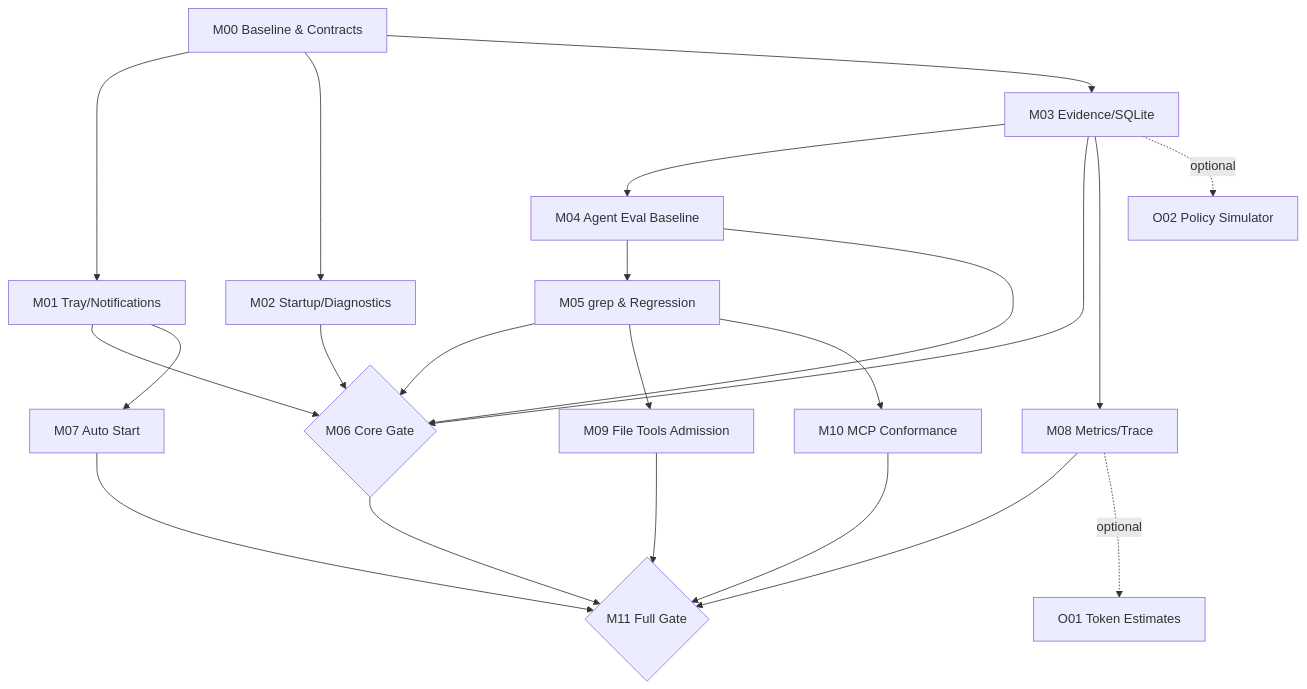
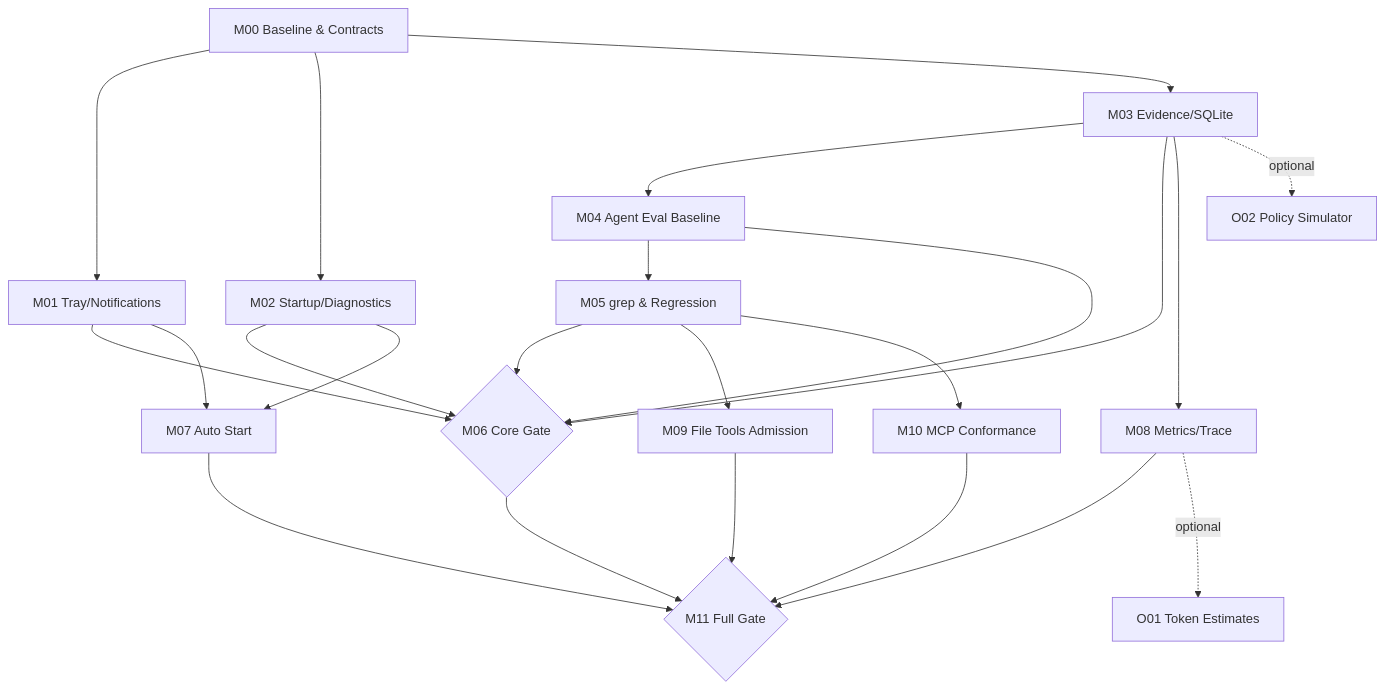
One commit to TotoroKingdom/ChatGPT-Harness changed the diagram in docs-codex/ChatGPT-Harness_V4_ROADMAP.md. Above: the diagram before and after it, drawn with Mermaid. The commit also changed other lines of this file and 2 other files, not shown here.

```diff
--- a/docs-codex/ChatGPT-Harness_V4_ROADMAP.md
+++ b/docs-codex/ChatGPT-Harness_V4_ROADMAP.md
@@ -65,24 +66,25 @@
 ~~~mermaid
 flowchart TD
   M00["M00 Baseline & Contracts"] --> M01["M01 Tray/Notifications"]
   M00 --> M02["M02 Startup/Diagnostics"]
   M00 --> M03["M03 Evidence/SQLite"]
   M03 --> M04["M04 Agent Eval Baseline"]
   M04 --> M05["M05 grep & Regression"]
   M01 --> M06{"M06 Core Gate"}
   M02 --> M06
   M03 --> M06
   M04 --> M06
   M05 --> M06
   M01 --> M07["M07 Auto Start"]
+  M02 --> M07
   M03 --> M08["M08 Metrics/Trace"]
   M05 --> M09["M09 File Tools Admission"]
   M05 --> M10["M10 MCP Conformance"]
   M06 --> M11{"M11 Full Gate"}
   M07 --> M11
   M08 --> M11
   M09 --> M11
   M10 --> M11
   M08 -.optional.-> O01["O01 Token Estimates"]
   M03 -.optional.-> O02["O02 Policy Simulator"]
 ~~~
```
